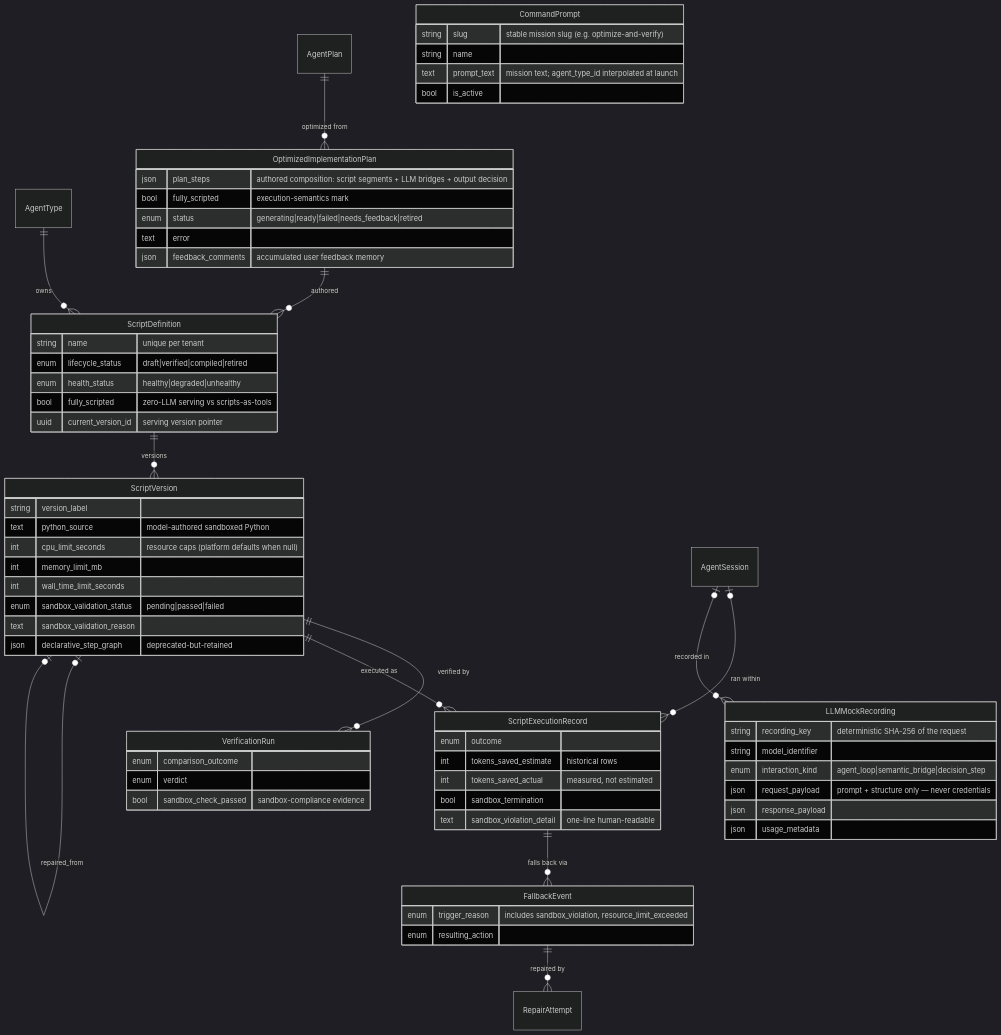
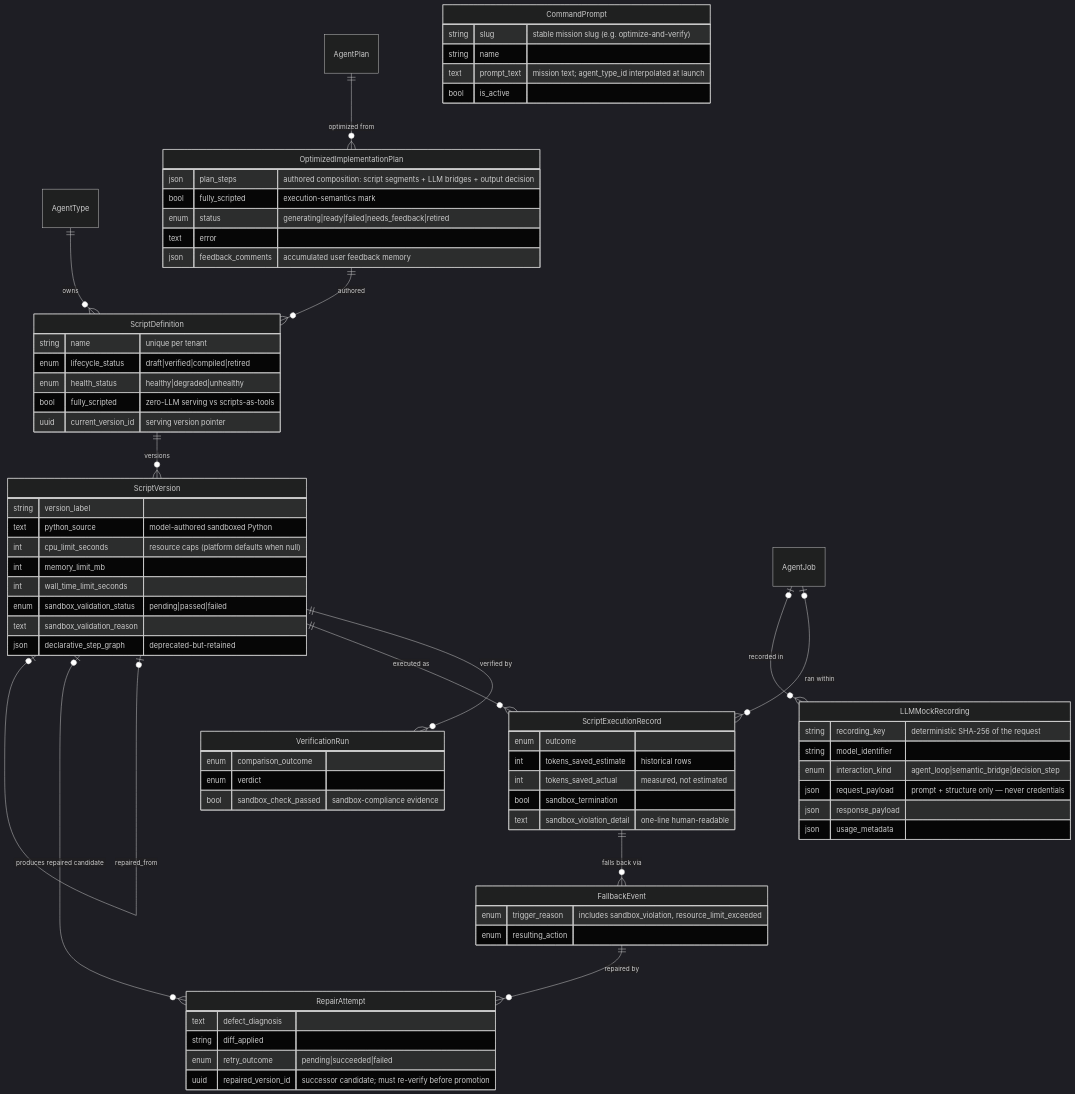
One commit to hurungang/parthenon changed the ninth of 15 diagrams in docs/master/data-model/overview.md. Above: the diagram before and after it, drawn with Mermaid (dark theme). The commit also changed other lines of this file and 181 other files, not shown here.

````diff
--- a/docs/master/data-model/overview.md
+++ b/docs/master/data-model/overview.md
@@ -766,69 +793,76 @@
 ```mermaid
 erDiagram
     AgentType ||--o{ ScriptDefinition : "owns"
     OptimizedImplementationPlan ||--o{ ScriptDefinition : "authored"
     AgentPlan ||--o{ OptimizedImplementationPlan : "optimized from"
     ScriptDefinition ||--o{ ScriptVersion : "versions"
     ScriptVersion ||--o{ VerificationRun : "verified by"
     ScriptVersion ||--o{ ScriptExecutionRecord : "executed as"
     ScriptExecutionRecord ||--o{ FallbackEvent : "falls back via"
     FallbackEvent ||--o{ RepairAttempt : "repaired by"
+    RepairAttempt }o--o| ScriptVersion : "produces repaired candidate"
     ScriptVersion |o--o| ScriptVersion : "repaired_from"
-    AgentSession |o--o{ ScriptExecutionRecord : "ran within"
-    AgentSession |o--o{ LLMMockRecording : "recorded in"
+    AgentJob |o--o{ ScriptExecutionRecord : "ran within"
+    AgentJob |o--o{ LLMMockRecording : "recorded in"
 
     ScriptDefinition {
         string name "unique per tenant"
         enum lifecycle_status "draft|verified|compiled|retired"
         enum health_status "healthy|degraded|unhealthy"
         bool fully_scripted "zero-LLM serving vs scripts-as-tools"
         uuid current_version_id "serving version pointer"
     }
     ScriptVersion {
         string version_label
         text python_source "model-authored sandboxed Python"
         int cpu_limit_seconds "resource caps (platform defaults when null)"
         int memory_limit_mb
         int wall_time_limit_seconds
         enum sandbox_validation_status "pending|passed|failed"
         text sandbox_validation_reason
         json declarative_step_graph "deprecated-but-retained"
     }
     OptimizedImplementationPlan {
         json plan_steps "authored composition: script segments + LLM bridges + output decision"
         bool fully_scripted "execution-semantics mark"
         enum status "generating|ready|failed|needs_feedback|retired"
         text error
         json feedback_comments "accumulated user feedback memory"
     }
     CommandPrompt {
         string slug "stable mission slug (e.g. optimize-and-verify)"
         string name
         text prompt_text "mission text; agent_type_id interpolated at launch"
         bool is_active
     }
     VerificationRun {
         enum comparison_outcome
         enum verdict
         bool sandbox_check_passed "sandbox-compliance evidence"
     }
     ScriptExecutionRecord {
         enum outcome
         int tokens_saved_estimate "historical rows"
         int tokens_saved_actual "measured, not estimated"
         bool sandbox_termination
         text sandbox_violation_detail "one-line human-readable"
     }
     FallbackEvent {
         enum trigger_reason "includes sandbox_violation, resource_limit_exceeded"
         enum resulting_action
     }
+    RepairAttempt {
+        text defect_diagnosis
+        string diff_applied
+        enum retry_outcome "pending|succeeded|failed"
+        uuid repaired_version_id "successor candidate; must re-verify before promotion"
+    }
     LLMMockRecording {
         string recording_key "deterministic SHA-256 of the request"
         string model_identifier
         enum interaction_kind "agent_loop|semantic_bridge|decision_step"
         json request_payload "prompt + structure only — never credentials"
         json response_payload
         json usage_metadata
     }
 ```
````
